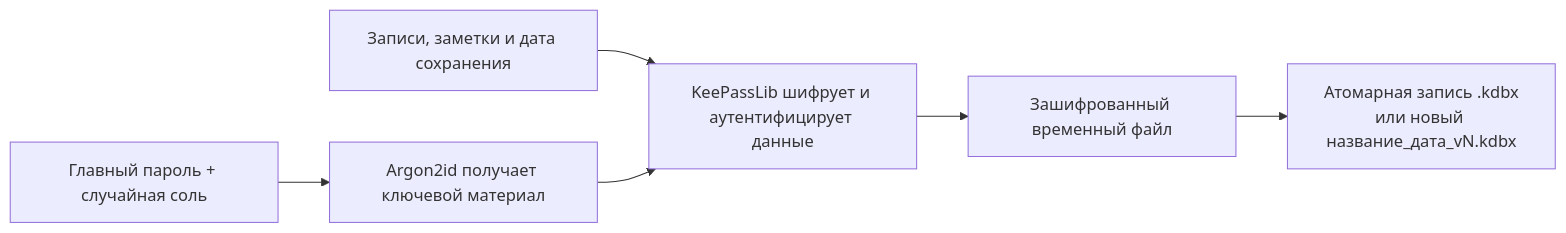
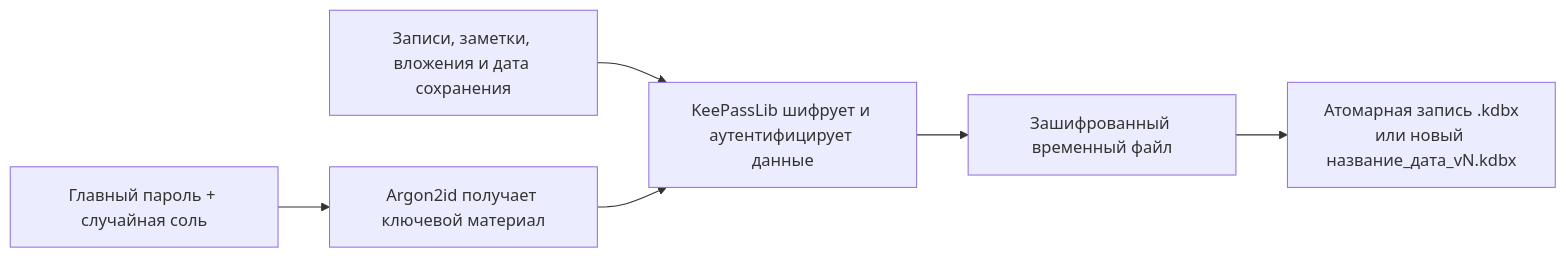
Before and after one commit to dmakhazen/easy-pass-vault: the second of 2 diagrams in README.md, drawn with Mermaid. The commit also changed other lines of this file and 34 other files, not shown here.

````diff
--- a/README.md
+++ b/README.md
@@ -59,8 +87,8 @@
 ```mermaid
 flowchart LR
     P["Главный пароль + случайная соль"] --> K["Argon2id получает ключевой материал"]
-    D["Записи, заметки и дата сохранения"] --> E["KeePassLib шифрует и аутентифицирует данные"]
+    D["Записи, заметки, вложения и дата сохранения"] --> E["KeePassLib шифрует и аутентифицирует данные"]
     K --> E
     E --> T["Зашифрованный временный файл"]
     T --> F["Атомарная запись .kdbx<br/>или новый название_дата_vN.kdbx"]
 ```
````
